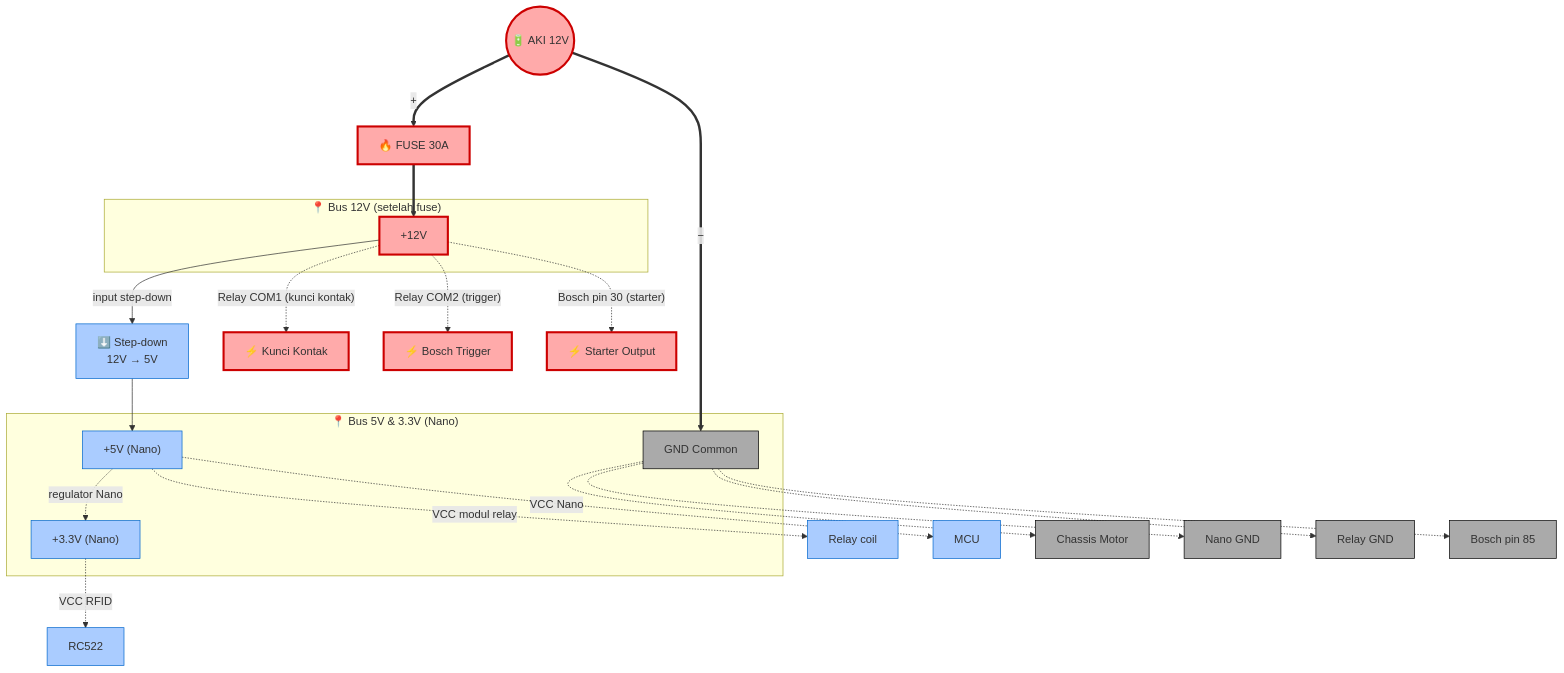
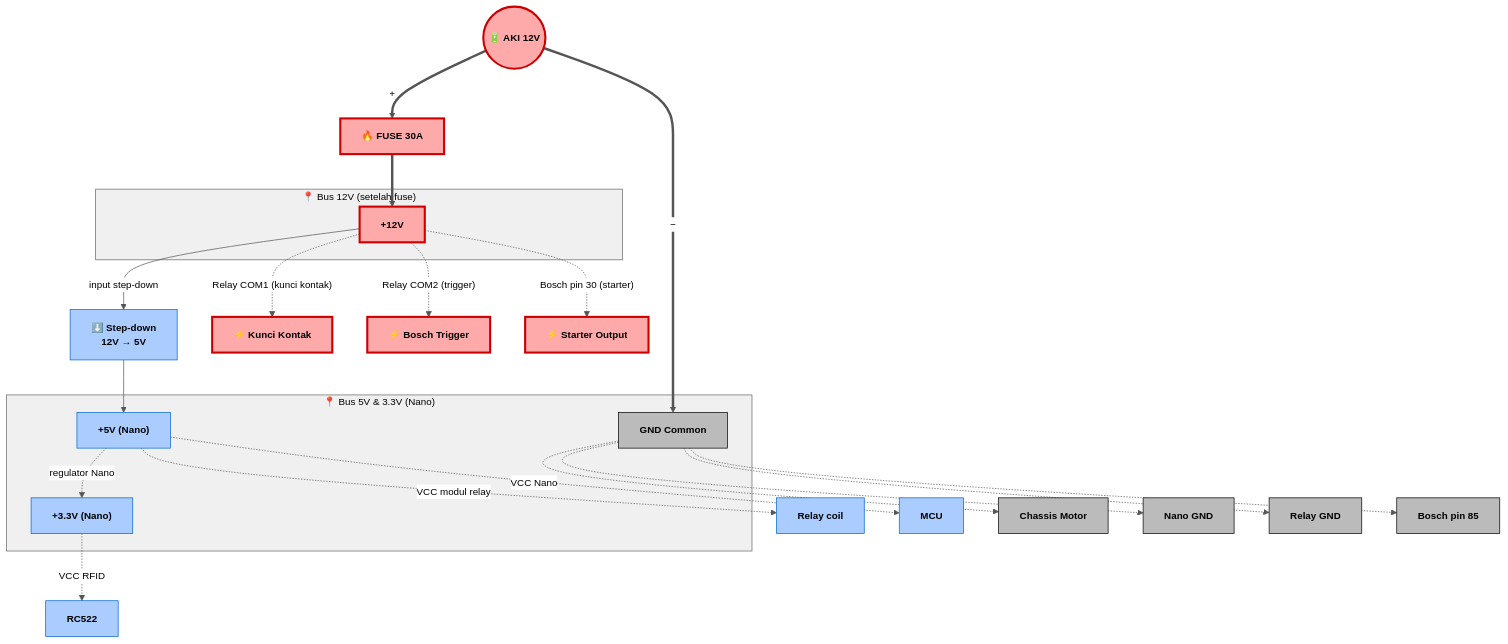
One commit to umarovk/SIKAMOT changed the seventh of 10 diagrams in motor_starter/DIAGRAM_MERMAID.md. Above: the diagram before and after it, drawn with Mermaid. The commit also changed other lines of this file, not shown here.

First line of the commit message:
style(diagram): force readable text on GitHub dark mode

````diff
--- a/motor_starter/DIAGRAM_MERMAID.md
+++ b/motor_starter/DIAGRAM_MERMAID.md
@@ -332,46 +355,47 @@
 ```mermaid
+%%{init: {'theme':'base', 'themeVariables': {'primaryColor':'#ffffff','primaryTextColor':'#000000','primaryBorderColor':'#333333','lineColor':'#555555','clusterBkg':'#f0f0f0','clusterBorder':'#666666','titleColor':'#000000','edgeLabelBackground':'#ffffff','fontSize':'14px'}}}%%
 flowchart TB
     AKI(("🔋 AKI 12V"))
     FUSE["🔥 FUSE 30A"]
 
     subgraph DIST["📍 Bus 12V (setelah fuse)"]
         BUS12["+12V"]
     end
 
     STEP["⬇️ Step-down<br/>12V → 5V"]
 
     subgraph LOW["📍 Bus 5V & 3.3V (Nano)"]
         BUS5["+5V (Nano)"]
         BUS33["+3.3V (Nano)"]
         BUSGND["GND Common"]
     end
 
     AKI ==>|"+"| FUSE
     FUSE ==> BUS12
 
     BUS12 -->|"input step-down"| STEP
     STEP --> BUS5
     BUS5 -.->|"regulator Nano"| BUS33
 
     BUS12 -.->|"Relay COM1 (kunci kontak)"| K1["⚡ Kunci Kontak"]
     BUS12 -.->|"Relay COM2 (trigger)"| K2["⚡ Bosch Trigger"]
     BUS12 -.->|"Bosch pin 30 (starter)"| K3["⚡ Starter Output"]
 
     BUS5 -.->|"VCC modul relay"| K4["Relay coil"]
     BUS5 -.->|"VCC Nano"| K5["MCU"]
     BUS33 -.->|"VCC RFID"| K6["RC522"]
 
     AKI ==>|"−"| BUSGND
     BUSGND -.-> K7["Chassis Motor"]
     BUSGND -.-> K8["Nano GND"]
     BUSGND -.-> K9["Relay GND"]
     BUSGND -.-> K10["Bosch pin 85"]
 
-    classDef hv fill:#ffaaaa,stroke:#c00,stroke-width:3px
-    classDef lv fill:#aaccff,stroke:#06c
-    classDef gnd fill:#aaaaaa,stroke:#000
+    classDef hv fill:#ffaaaa,stroke:#cc0000,stroke-width:3px,color:#000000,font-weight:bold
+    classDef lv fill:#aaccff,stroke:#0066cc,color:#000000,font-weight:bold
+    classDef gnd fill:#bbbbbb,stroke:#000000,color:#000000,font-weight:bold
 
     class AKI,FUSE,BUS12,K1,K2,K3 hv
     class STEP,BUS5,BUS33,K4,K5,K6 lv
     class BUSGND,K7,K8,K9,K10 gnd
 ```
````
